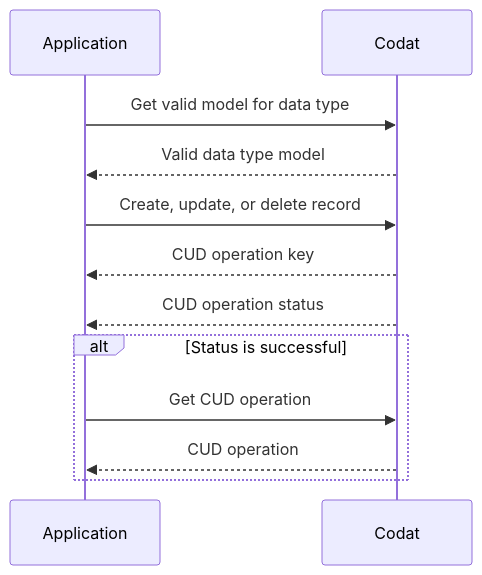
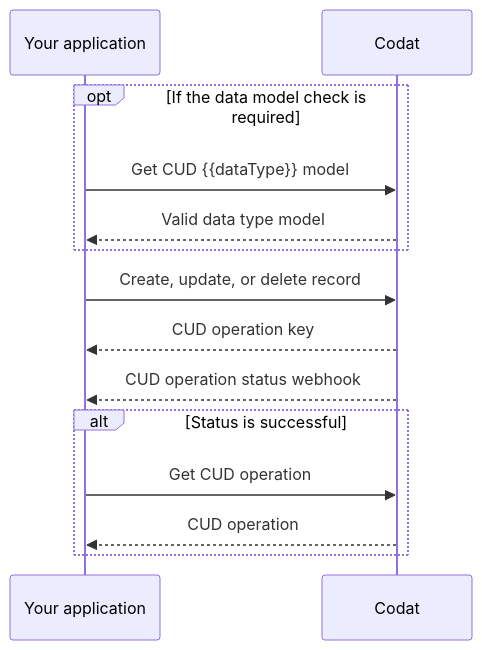
One commit to codatio/codat-docs changed the diagram in docs/using-the-api/push.md. Above: the diagram before and after it, drawn with Mermaid. The commit also changed other lines of this file, not shown here.

````diff
--- a/docs/using-the-api/push.md
+++ b/docs/using-the-api/push.md
@@ -24,18 +24,20 @@
 ```mermaid
 sequenceDiagram
-    participant app as Application 
+    participant app as Your application 
     participant codat as Codat
     
-    app ->> codat: Get valid model for data type
+  opt If the data model check is required
+    app ->> codat: Get CUD {{dataType}} model
     codat -->> app: Valid data type model
-    
+  end
+
     app ->> codat: Create, update, or delete record
     codat -->> app: CUD operation key
 
-    codat -->> app: CUD operation status
+    codat -->> app: CUD operation status webhook
 
     alt Status is successful
         app ->> codat: Get CUD operation
         codat -->> app: CUD operation
     end
 ``` 
````
